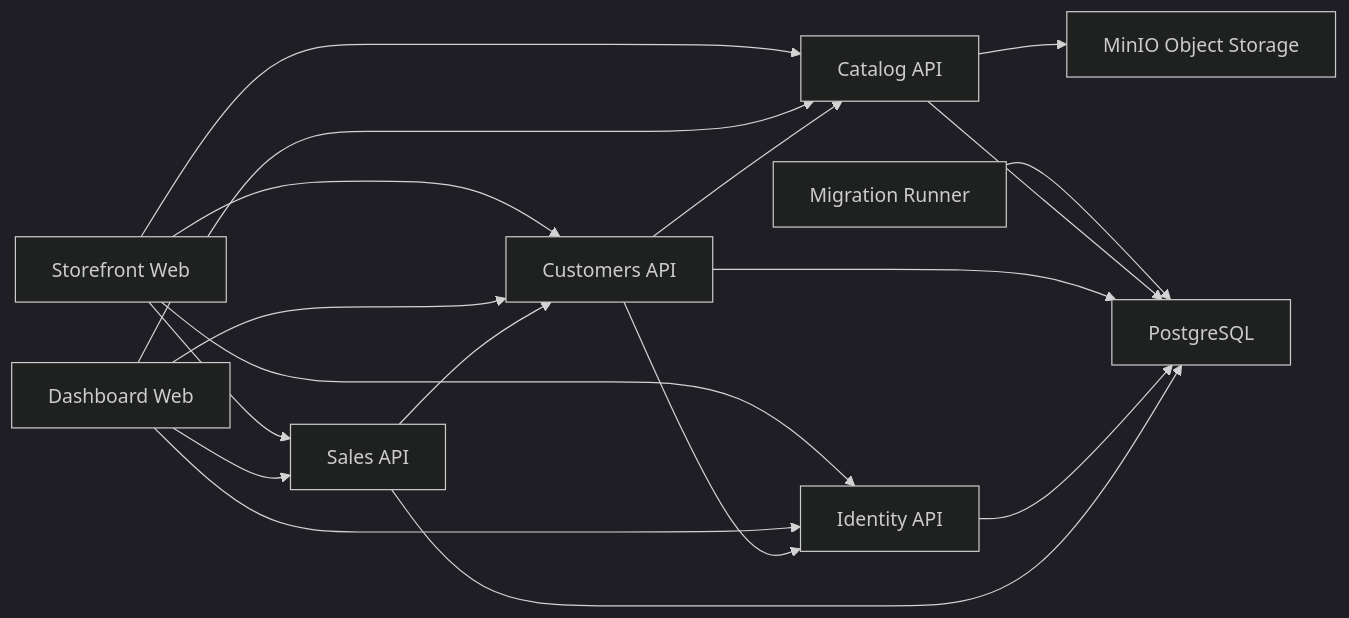
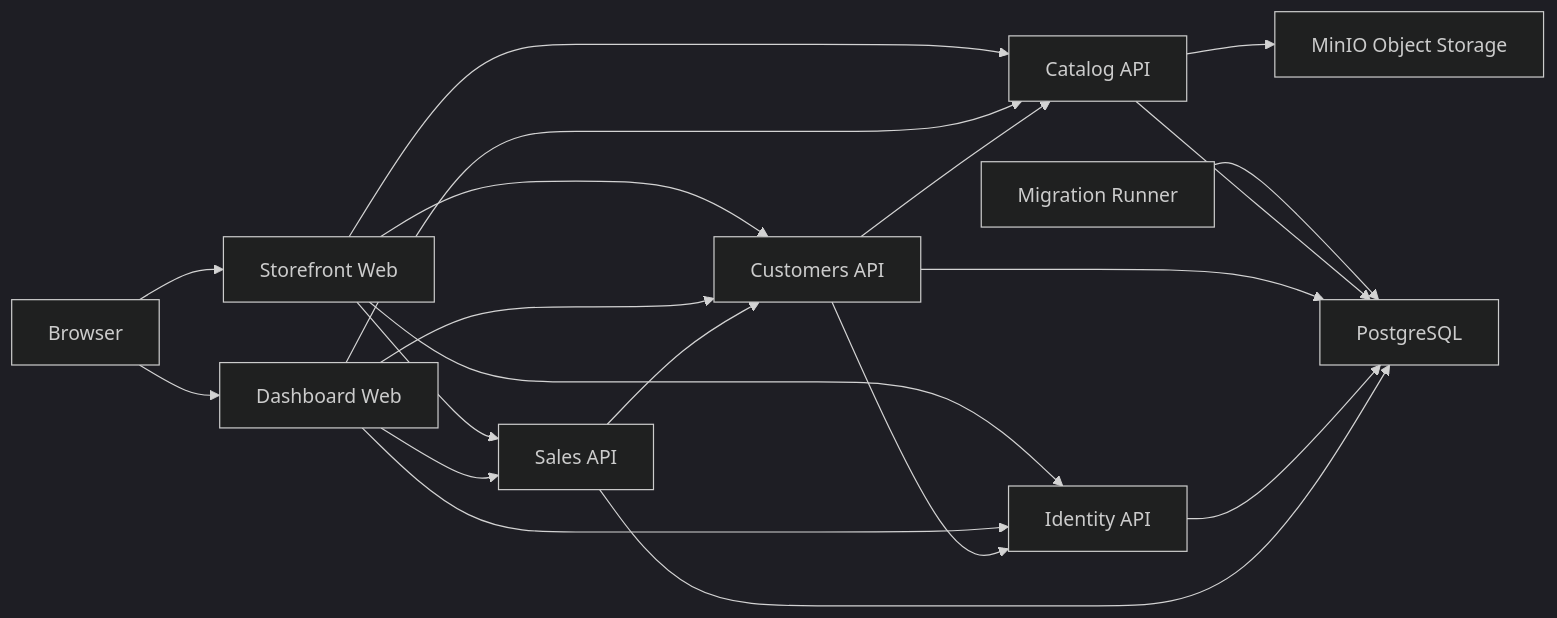
The diagram in README.md (draganovik/matterway), drawn with Mermaid (dark theme) before and after one commit. The commit also changed other lines of this file and 55 other files, not shown here.

````diff
--- a/README.md
+++ b/README.md
@@ -29,23 +13,26 @@
-``` mermaid
+```mermaid
 flowchart LR
-  Storefront["Storefront Web"] --> Catalog["Catalog API"]
+  Browser["Browser"] --> Storefront["Storefront Web"]
+  Browser --> Dashboard["Dashboard Web"]
+
+  Storefront --> Catalog["Catalog API"]
   Storefront --> Customers["Customers API"]
   Storefront --> Identity["Identity API"]
   Storefront --> Sales["Sales API"]
 
-  Dashboard["Dashboard Web"] --> Catalog
+  Dashboard --> Catalog
   Dashboard --> Customers
   Dashboard --> Identity
   Dashboard --> Sales
 
   Customers --> Catalog
   Customers --> Identity
   Sales --> Customers
 
   Migrations["Migration Runner"] --> Postgres
   Catalog --> Minio["MinIO Object Storage"]
   Catalog --> Postgres["PostgreSQL"]
   Customers --> Postgres
   Identity --> Postgres
   Sales --> Postgres
 ```
````
